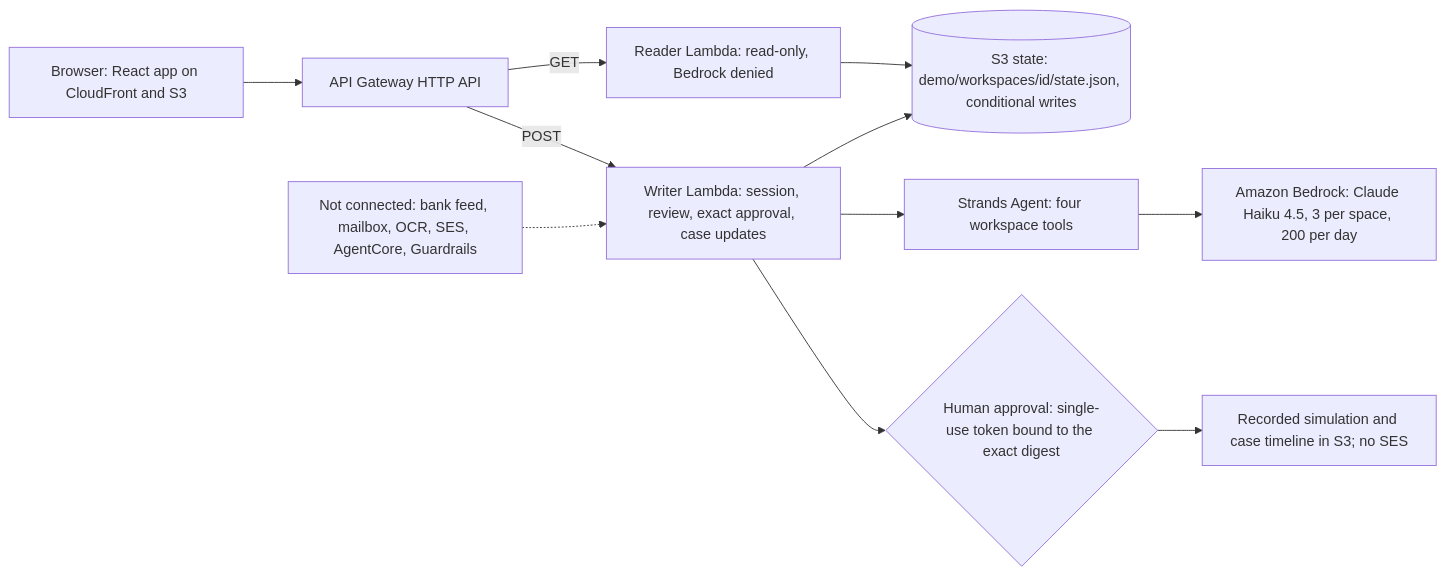
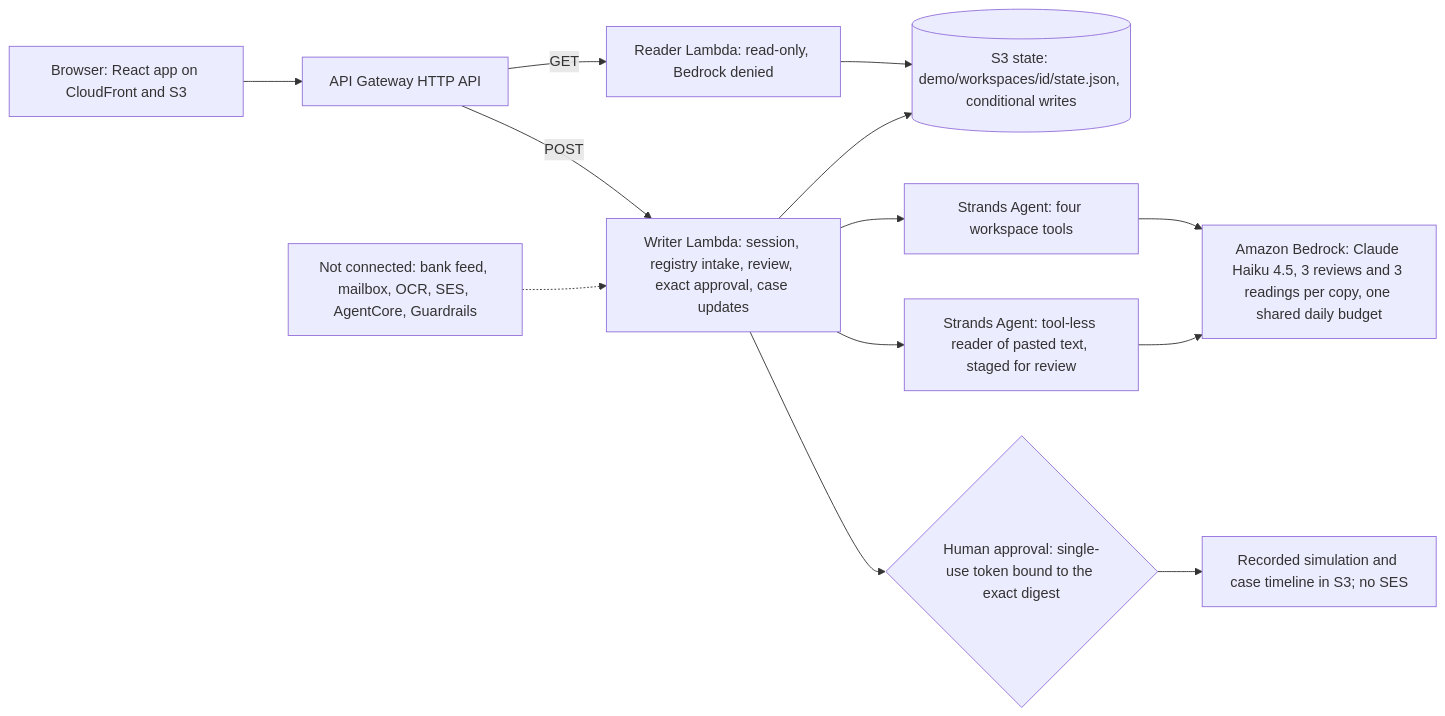
The diagram in README.md (upgradedev/hestia-aws), drawn with Mermaid before and after one commit. The commit also changed other lines of this file and 6 other files, not shown here.

Commit message:
docs: registry and paste-a-receipt reading in README, Devpost text, assurance, architecture, article and diagram; Strands table line ranges re-derived at 0f7aedc

````diff
--- a/README.md
+++ b/README.md
@@ -46,13 +50,15 @@
 ```mermaid
 flowchart LR
   B[Browser: React app on CloudFront and S3] --> G[API Gateway HTTP API]
   G -->|GET| R[Reader Lambda: read-only, Bedrock denied]
-  G -->|POST| W[Writer Lambda: session, review, exact approval, case updates]
+  G -->|POST| W[Writer Lambda: session, registry intake, review, exact approval, case updates]
   R --> S[(S3 state: demo/workspaces/id/state.json, conditional writes)]
   W --> S
   W --> A[Strands Agent: four workspace tools]
-  A --> M[Amazon Bedrock: Claude Haiku 4.5, 3 per space, 200 per day]
+  W --> E[Strands Agent: tool-less reader of pasted text, staged for review]
+  A --> M[Amazon Bedrock: Claude Haiku 4.5, 3 reviews and 3 readings per copy, one shared daily budget]
+  E --> M
   W --> H{Human approval: single-use token bound to the exact digest}
   H --> C[Recorded simulation and case timeline in S3; no SES]
   X[Not connected: bank feed, mailbox, OCR, SES, AgentCore, Guardrails] -.-> W
 ```
````
